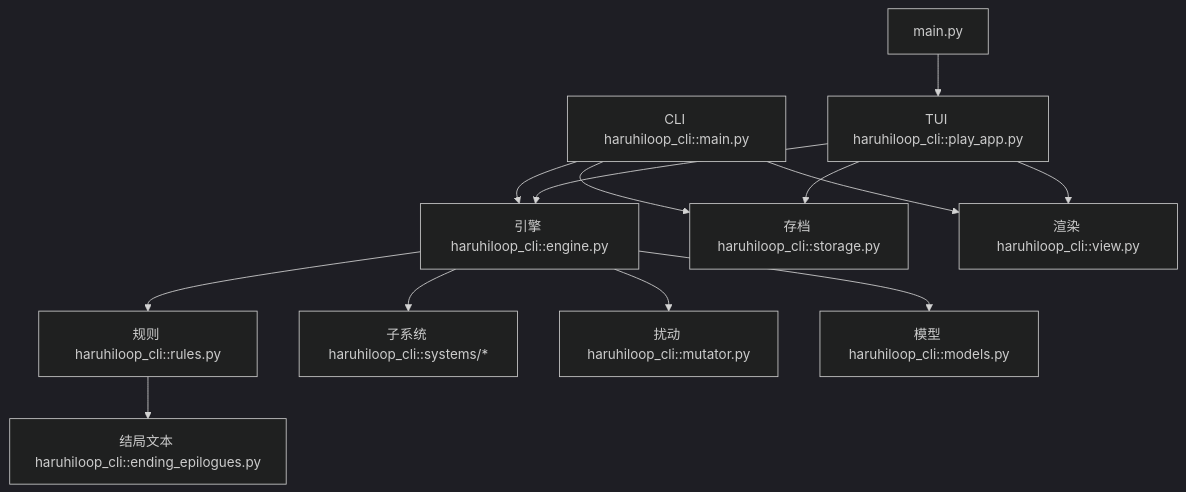
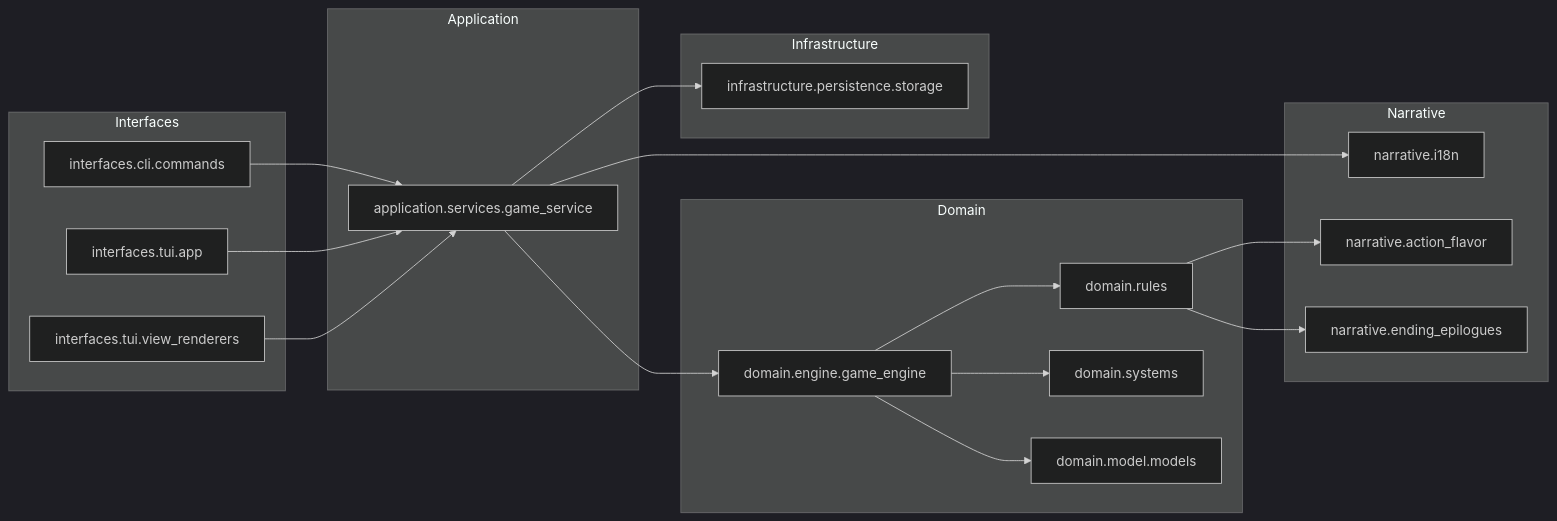
One commit to virtualguard101/haruhiloop changed the diagram in docs/arch.md. Above: the diagram before and after it, drawn with Mermaid (dark theme). The commit also changed other lines of this file and 37 other files, not shown here.

````diff
--- a/docs/arch.md
+++ b/docs/arch.md
@@ -18,15 +13,41 @@
 ```mermaid
-flowchart TD
-  cliLayer[CLI haruhiloop_cli::main.py] --> engineLayer[引擎 haruhiloop_cli::engine.py]
-  runnerLayer[main.py] --> tuiLayer[haruhiloop_cli::play_app.py]
-  tuiLayer[TUI haruhiloop_cli::play_app.py] --> engineLayer
-  cliLayer --> storageLayer[存档 haruhiloop_cli::storage.py]
-  tuiLayer --> storageLayer
-  cliLayer --> viewLayer[渲染 haruhiloop_cli::view.py]
-  tuiLayer --> viewLayer
-  engineLayer --> rulesLayer[规则 haruhiloop_cli::rules.py]
-  engineLayer --> systemsLayer[子系统 haruhiloop_cli::systems/*]
-  engineLayer --> mutatorLayer[扰动 haruhiloop_cli::mutator.py]
-  engineLayer --> modelLayer[模型 haruhiloop_cli::models.py]
-  rulesLayer --> endingTextLayer[结局文本 haruhiloop_cli::ending_epilogues.py]
+flowchart LR
+  subgraph interfaces [Interfaces]
+    cliCmds[interfaces.cli.commands]
+    tuiApp[interfaces.tui.app]
+    tuiView[interfaces.tui.view_renderers]
+  end
+
+  subgraph application [Application]
+    gameService[application.services.game_service]
+  end
+
+  subgraph domain [Domain]
+    gameEngine[domain.engine.game_engine]
+    domainRules[domain.rules]
+    domainSystems[domain.systems]
+    domainModels[domain.model.models]
+  end
+
+  subgraph infra [Infrastructure]
+    fileStorage[infrastructure.persistence.storage]
+  end
+
+  subgraph narrative [Narrative]
+    i18nLayer[narrative.i18n]
+    flavorLayer[narrative.action_flavor]
+    epilogueLayer[narrative.ending_epilogues]
+  end
+
+  cliCmds --> gameService
+  tuiApp --> gameService
+  tuiView --> gameService
+  gameService --> gameEngine
+  gameService --> fileStorage
+  gameService --> i18nLayer
+  gameEngine --> domainRules
+  gameEngine --> domainSystems
+  gameEngine --> domainModels
+  domainRules --> flavorLayer
+  domainRules --> epilogueLayer
 ```
````
